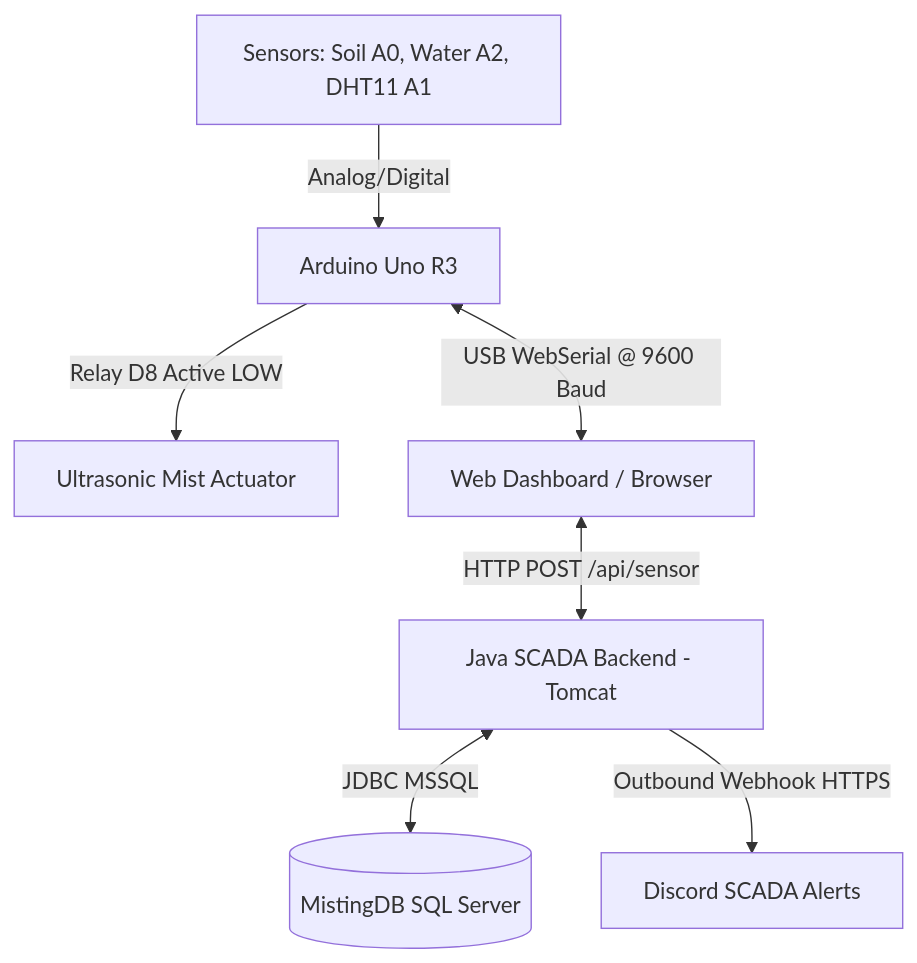
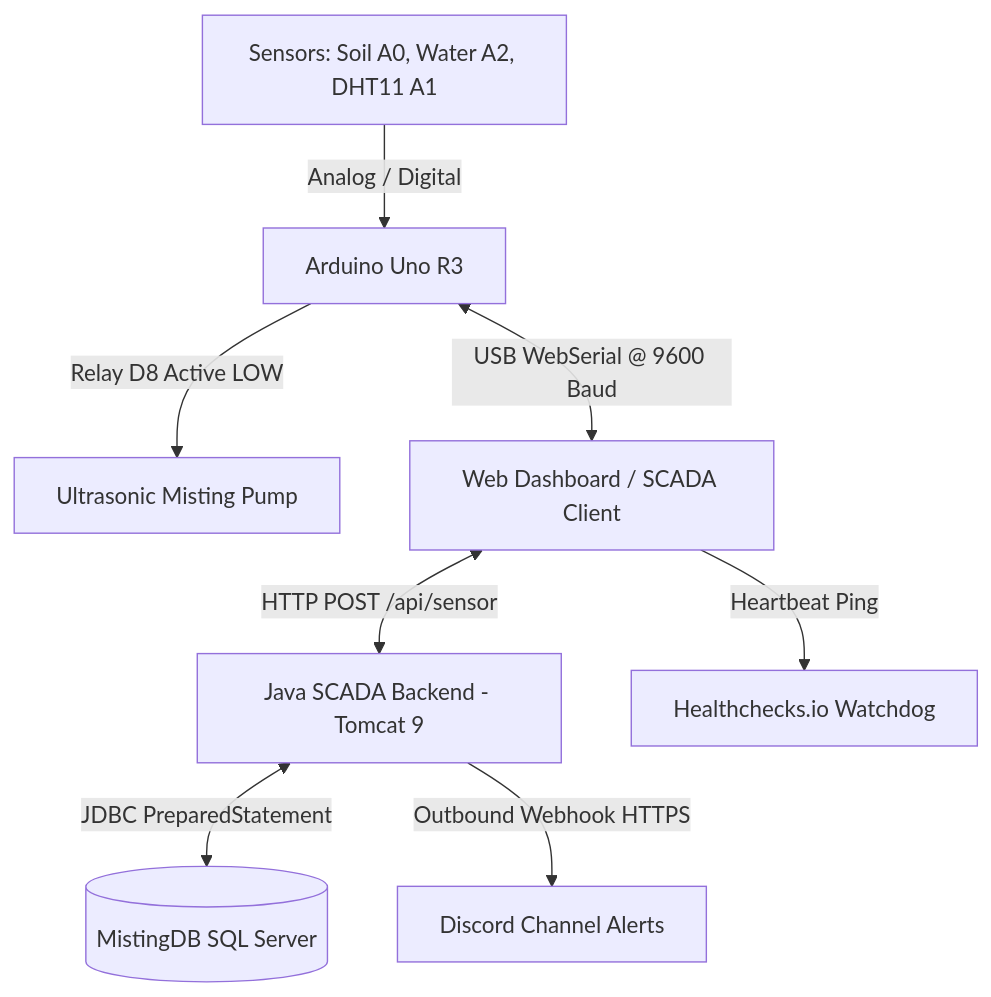
The diagram in README.md (nnt-work/SmartMistingWeb), drawn with Mermaid before and after one commit. The commit also changed other lines of this file and 91 other files, not shown here.

````diff
--- a/README.md
+++ b/README.md
@@ -17,9 +17,10 @@
 ```mermaid
 graph TD
-    A[Sensors: Soil A0, Water A2, DHT11 A1] -->|Analog/Digital| B[Arduino Uno R3]
-    B -->|Relay D8 Active LOW| C[Ultrasonic Mist Actuator]
-    B <-->|USB WebSerial @ 9600 Baud| D[Web Dashboard / Browser]
-    D <-->|HTTP POST /api/sensor| E[Java SCADA Backend - Tomcat]
-    E <-->|JDBC MSSQL| F[(MistingDB SQL Server)]
-    E -->|Outbound Webhook HTTPS| G[Discord SCADA Alerts]
+    A["Sensors: Soil A0, Water A2, DHT11 A1"] -->|Analog / Digital| B[Arduino Uno R3]
+    B -->|Relay D8 Active LOW| C[Ultrasonic Misting Pump]
+    B <-->|USB WebSerial @ 9600 Baud| D[Web Dashboard / SCADA Client]
+    D <-->|HTTP POST /api/sensor| E[Java SCADA Backend - Tomcat 9]
+    E <-->|JDBC PreparedStatement| F[(MistingDB SQL Server)]
+    E -->|Outbound Webhook HTTPS| G[Discord Channel Alerts]
+    D -->|Heartbeat Ping| H[Healthchecks.io Watchdog]
 ```
````
